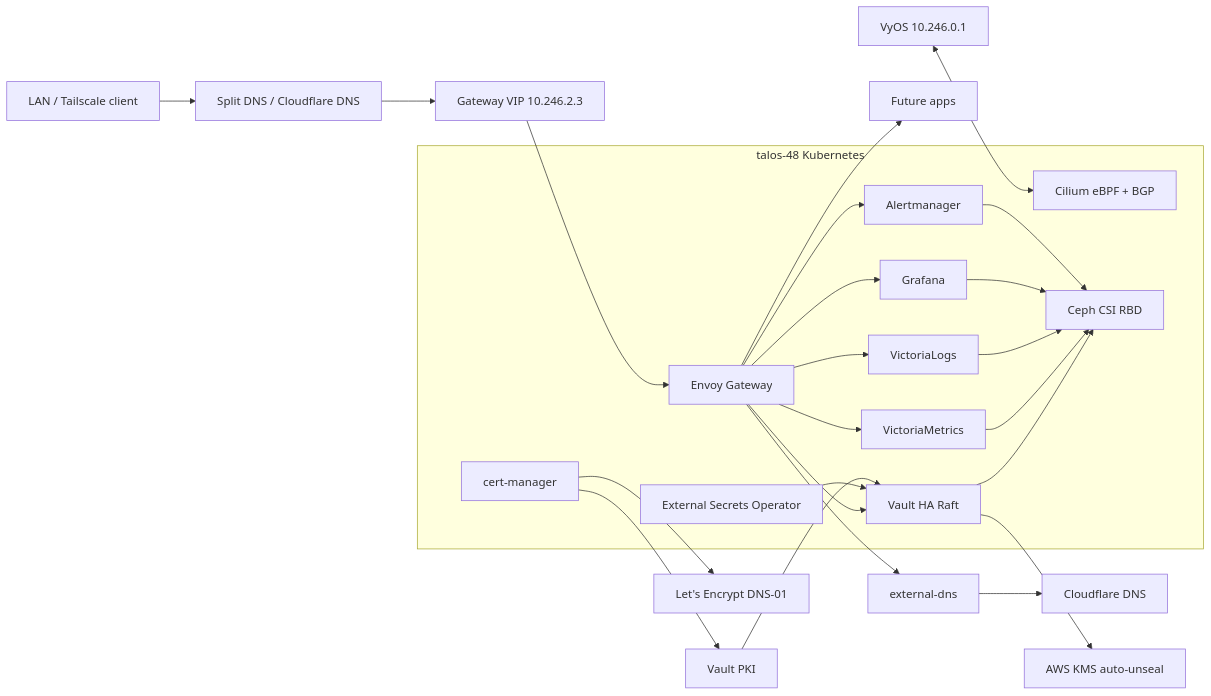
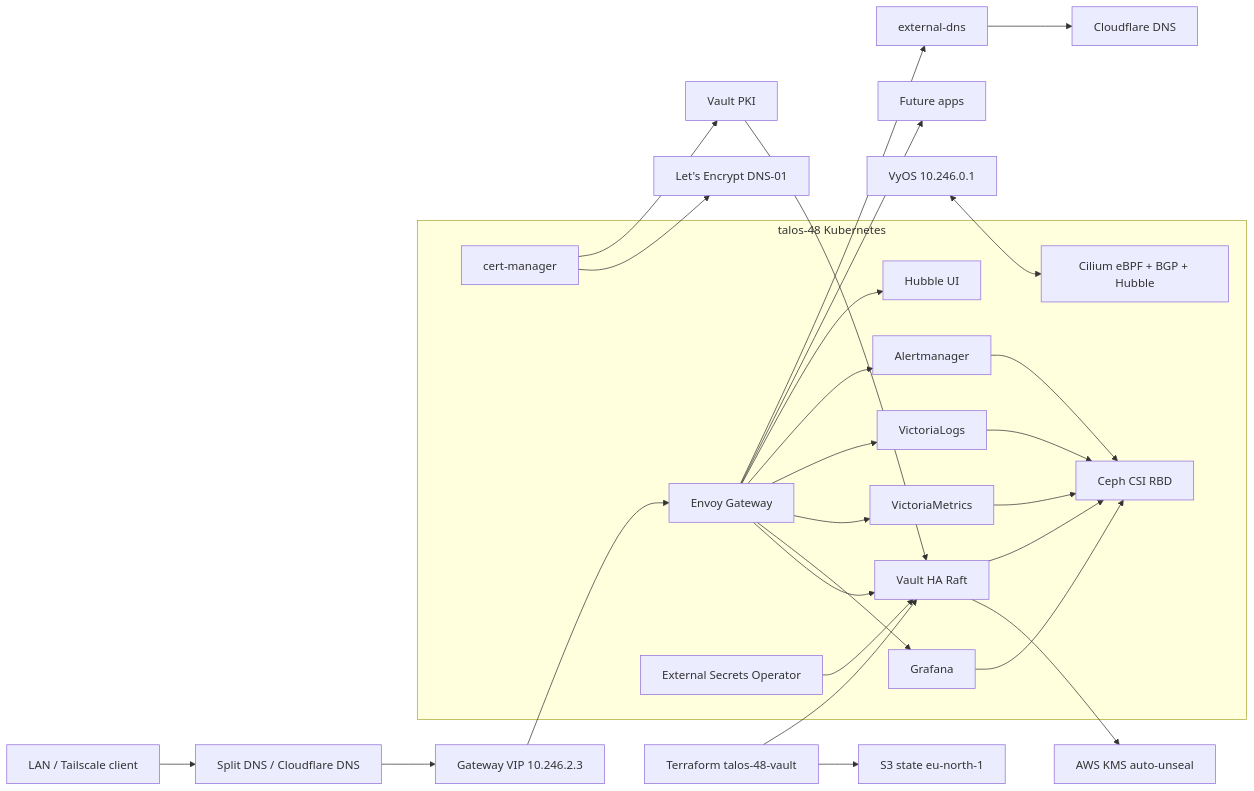
Before and after one commit to nbari/k8s: the diagram in README.md, drawn with Mermaid. The commit also changed other lines of this file, not shown here.

Commit message:
docs: update platform state — Hubble, Vault Terraform, TLS policy, roadmap

````diff
--- a/README.md
+++ b/README.md
@@ -184,39 +183,43 @@
 ```mermaid
 flowchart LR
   user[LAN / Tailscale client] --> dns[Split DNS / Cloudflare DNS]
   dns --> vip[Gateway VIP 10.246.2.3]
   vip --> envoy[Envoy Gateway]
   envoy --> vault[Vault HA Raft]
   envoy --> grafana[Grafana]
   envoy --> metrics[VictoriaMetrics]
   envoy --> logs[VictoriaLogs]
   envoy --> alerts[Alertmanager]
+  envoy --> hubble[Hubble UI]
   envoy --> apps[Future apps]
 
   subgraph talos48[talos-48 Kubernetes]
-    cilium[Cilium eBPF + BGP]
+    cilium[Cilium eBPF + BGP + Hubble]
     envoy
     cert[cert-manager]
     eso[External Secrets Operator]
     vault
     grafana
     metrics
     logs
     alerts
+    hubble
     ceph[Ceph CSI RBD]
   end
 
   vyos[VyOS 10.246.0.1] <--> cilium
   cert --> letsencrypt[Let's Encrypt DNS-01]
   cert --> vaultpki[Vault PKI]
   envoy --> edns[external-dns]
   edns --> cloudflare[Cloudflare DNS]
   eso --> vault
   vaultpki --> vault
   vault --> kms[AWS KMS auto-unseal]
   vault --> ceph
   metrics --> ceph
   logs --> ceph
   grafana --> ceph
   alerts --> ceph
+  terraform[Terraform talos-48-vault] --> vault
+  terraform --> s3[S3 state eu-north-1]
 ```
````
